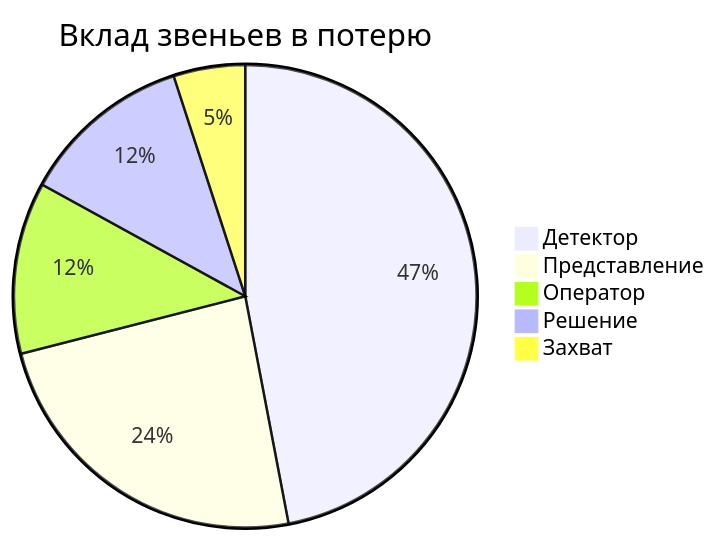
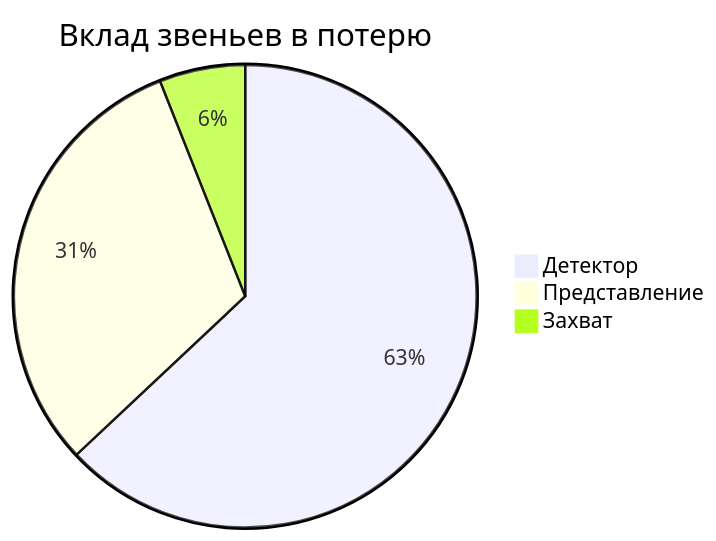
The second of 4 diagrams in docs/ergonomics-methodology/recognition-objects/kr-plan-goryachkin.md (RedAlexDad/WalkingRobotSim), drawn with Mermaid before and after one commit. The commit also changed other lines of this file and 4 other files, not shown here.

````diff
--- a/docs/ergonomics-methodology/recognition-objects/kr-plan-goryachkin.md
+++ b/docs/ergonomics-methodology/recognition-objects/kr-plan-goryachkin.md
@@ -92,8 +88,6 @@
 ```mermaid
 pie title Вклад звеньев в потерю
-    "Детектор" : 47
-    "Представление" : 24
-    "Оператор" : 12
-    "Решение" : 12
-    "Захват" : 5
+    "Детектор" : 63
+    "Представление" : 31
+    "Захват" : 6
 ```
````
